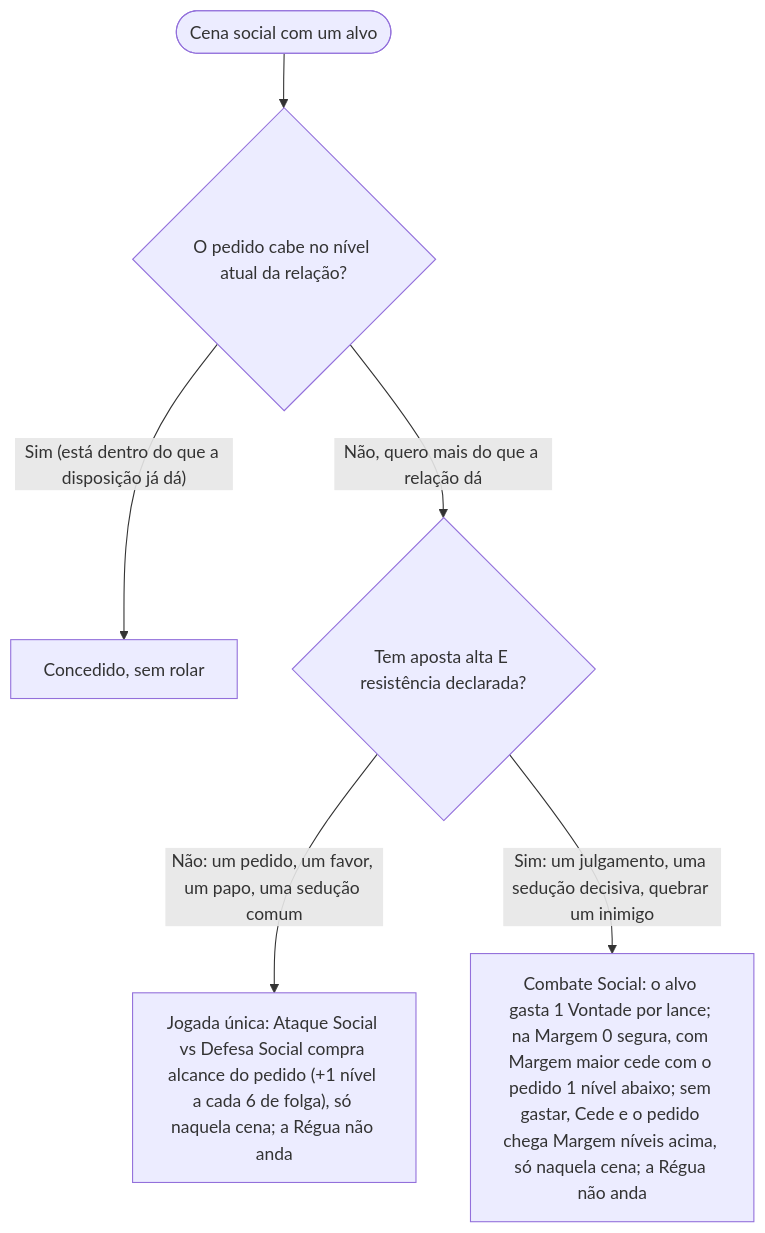
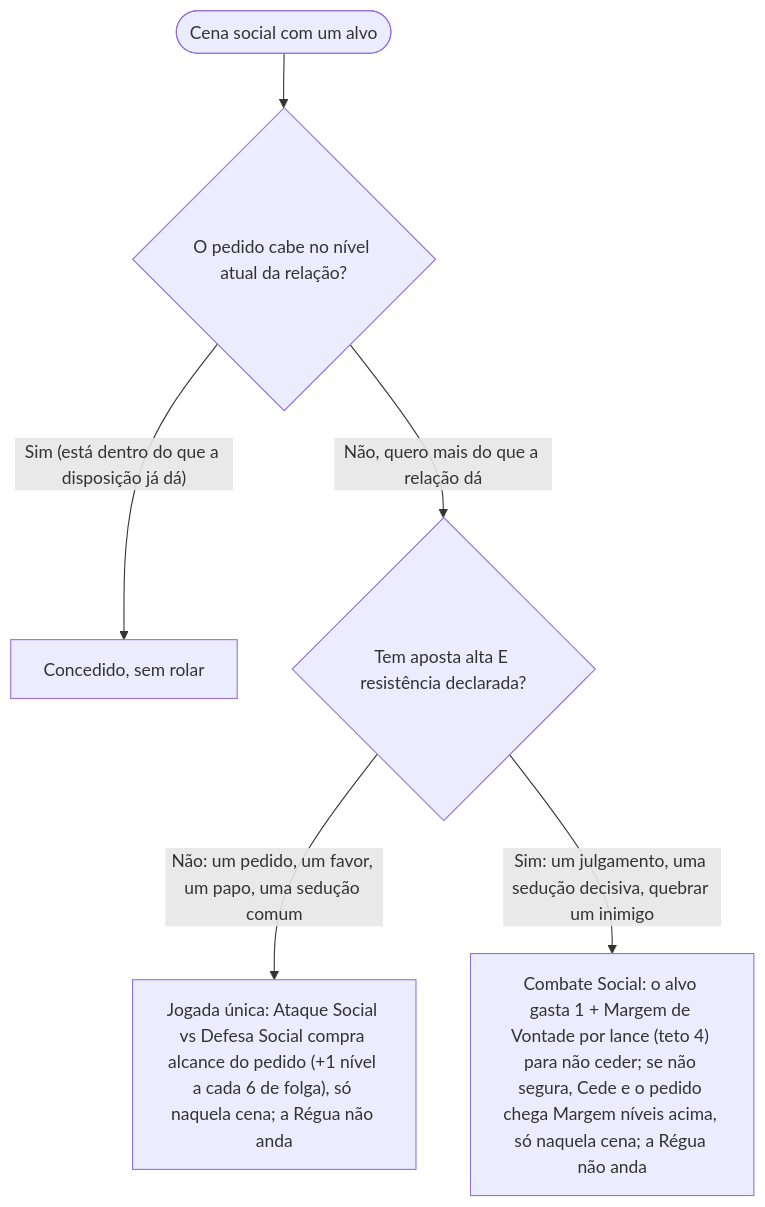
One commit to f-neves/centelha-rpg changed the fourth of 6 diagrams in src/content/chapters/qual-sistema.md. Above: the diagram before and after it, drawn with Mermaid. The commit also changed 6 other files, not shown here.

First line of the commit message:
Resistir: 1 + Margem de Vontade com teto 4, fora do limite de 1 ponto por acao

````diff
--- a/src/content/chapters/qual-sistema.md
+++ b/src/content/chapters/qual-sistema.md
@@ -69,8 +69,8 @@
 ```mermaid
 flowchart TD
   R(["Cena social com um alvo"]) --> R1{"O pedido cabe no nível atual da relação?"}
   R1 -->|"Sim (está dentro do que a disposição já dá)"| RFree["Concedido, sem rolar"]
   R1 -->|"Não, quero mais do que a relação dá"| R2{"Tem aposta alta E resistência declarada?"}
   R2 -->|"Não: um pedido, um favor, um papo, uma sedução comum"| RJ["Jogada única: Ataque Social vs Defesa Social compra alcance do pedido (+1 nível a cada 6 de folga), só naquela cena; a Régua não anda"]
-  R2 -->|"Sim: um julgamento, uma sedução decisiva, quebrar um inimigo"| RC["Combate Social: o alvo gasta 1 Vontade por lance; na Margem 0 segura, com Margem maior cede com o pedido 1 nível abaixo; sem gastar, Cede e o pedido chega Margem níveis acima, só naquela cena; a Régua não anda"]
+  R2 -->|"Sim: um julgamento, uma sedução decisiva, quebrar um inimigo"| RC["Combate Social: o alvo gasta 1 + Margem de Vontade por lance (teto 4) para não ceder; se não segura, Cede e o pedido chega Margem níveis acima, só naquela cena; a Régua não anda"]
 ```
````
